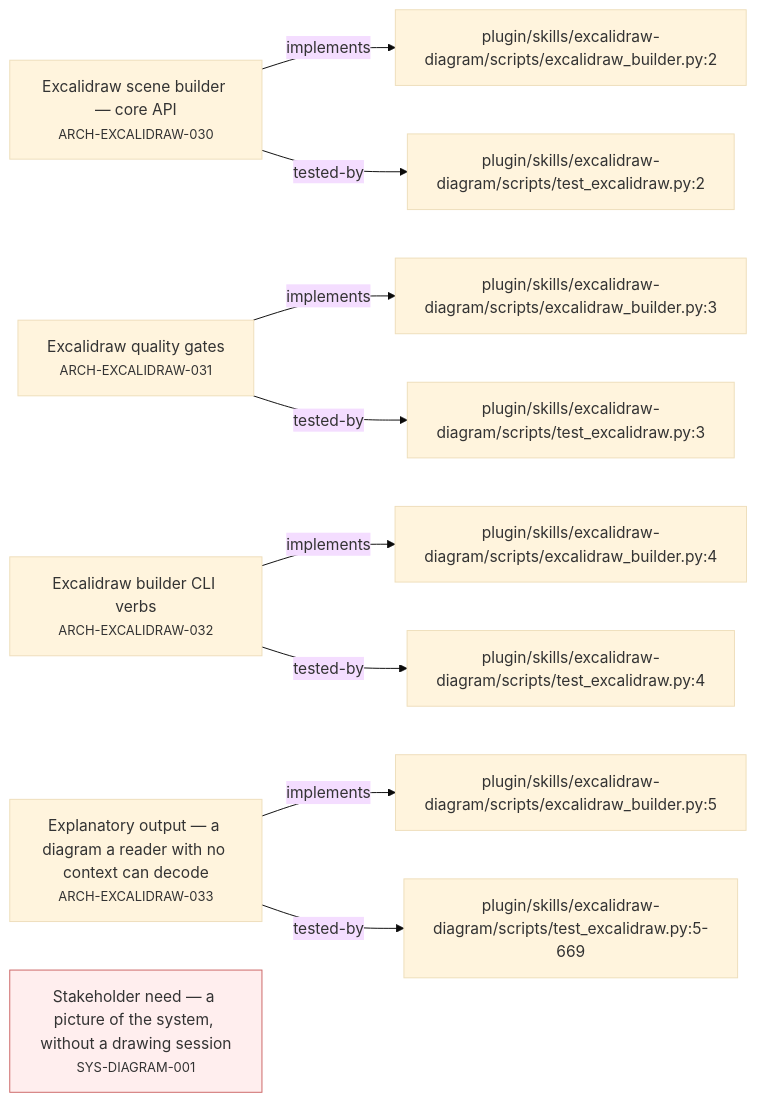
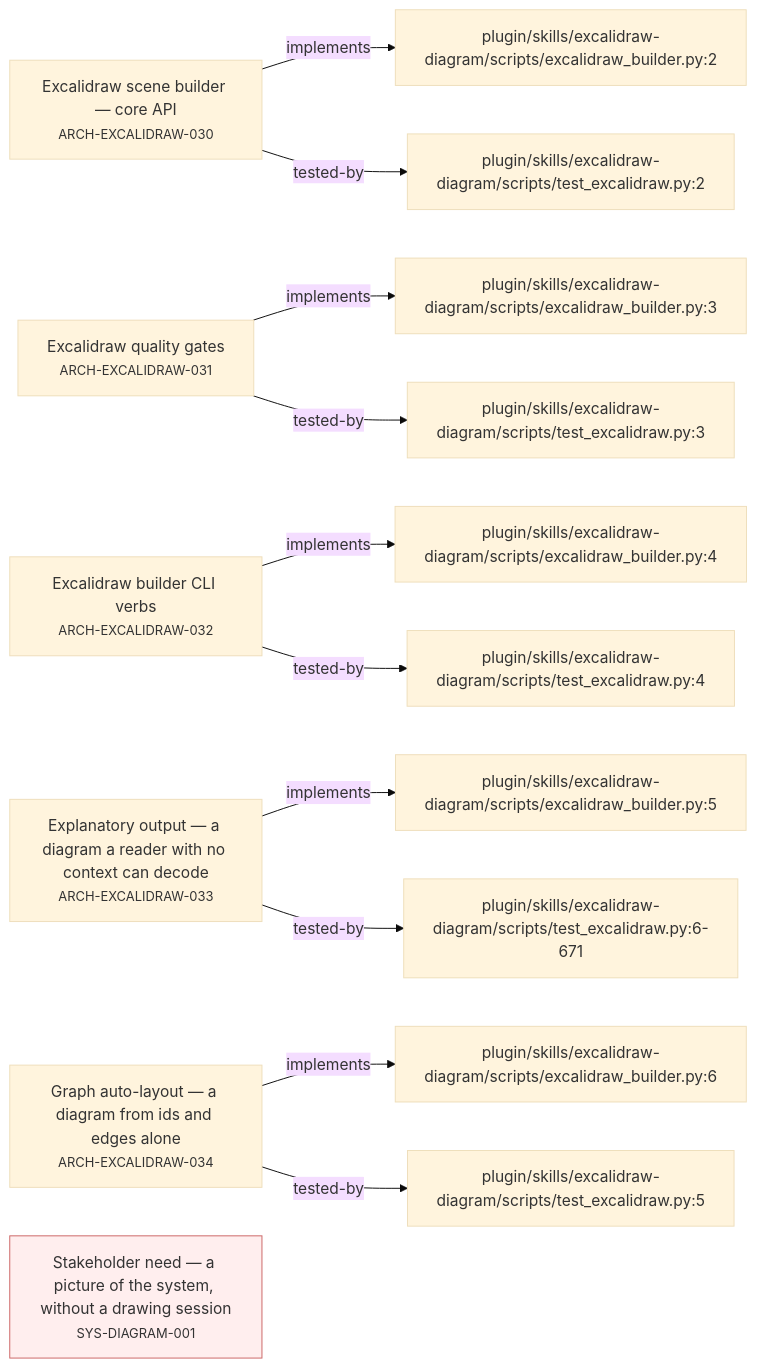
One commit to alxmax/excalidraw-diagram changed the third of 5 diagrams in plugin/requirements/_map.md. Above: the diagram before and after it, drawn with Mermaid (base theme). The commit also changed other lines of this file and 30 other files, not shown here.

````diff
--- a/plugin/requirements/_map.md
+++ b/plugin/requirements/_map.md
@@ -61,25 +68,30 @@
 ```mermaid
 graph LR
   ARCH_EXCALIDRAW_030["Excalidraw scene builder — core API<br><small>ARCH-EXCALIDRAW-030</small>"]
   f_plugin_skills_excalidraw_diagram_scripts_excalidraw_builder_py_2["plugin/skills/excalidraw-diagram/scripts/excalidraw_builder.py:2"]
   ARCH_EXCALIDRAW_030 -->|implements| f_plugin_skills_excalidraw_diagram_scripts_excalidraw_builder_py_2
   f_plugin_skills_excalidraw_diagram_scripts_test_excalidraw_py_2["plugin/skills/excalidraw-diagram/scripts/test_excalidraw.py:2"]
   ARCH_EXCALIDRAW_030 -->|tested-by| f_plugin_skills_excalidraw_diagram_scripts_test_excalidraw_py_2
   ARCH_EXCALIDRAW_031["Excalidraw quality gates<br><small>ARCH-EXCALIDRAW-031</small>"]
   f_plugin_skills_excalidraw_diagram_scripts_excalidraw_builder_py_3["plugin/skills/excalidraw-diagram/scripts/excalidraw_builder.py:3"]
   ARCH_EXCALIDRAW_031 -->|implements| f_plugin_skills_excalidraw_diagram_scripts_excalidraw_builder_py_3
   f_plugin_skills_excalidraw_diagram_scripts_test_excalidraw_py_3["plugin/skills/excalidraw-diagram/scripts/test_excalidraw.py:3"]
   ARCH_EXCALIDRAW_031 -->|tested-by| f_plugin_skills_excalidraw_diagram_scripts_test_excalidraw_py_3
   ARCH_EXCALIDRAW_032["Excalidraw builder CLI verbs<br><small>ARCH-EXCALIDRAW-032</small>"]
   f_plugin_skills_excalidraw_diagram_scripts_excalidraw_builder_py_4["plugin/skills/excalidraw-diagram/scripts/excalidraw_builder.py:4"]
   ARCH_EXCALIDRAW_032 -->|implements| f_plugin_skills_excalidraw_diagram_scripts_excalidraw_builder_py_4
   f_plugin_skills_excalidraw_diagram_scripts_test_excalidraw_py_4["plugin/skills/excalidraw-diagram/scripts/test_excalidraw.py:4"]
   ARCH_EXCALIDRAW_032 -->|tested-by| f_plugin_skills_excalidraw_diagram_scripts_test_excalidraw_py_4
   ARCH_EXCALIDRAW_033["Explanatory output — a diagram a reader with no context can decode<br><small>ARCH-EXCALIDRAW-033</small>"]
   f_plugin_skills_excalidraw_diagram_scripts_excalidraw_builder_py_5["plugin/skills/excalidraw-diagram/scripts/excalidraw_builder.py:5"]
   ARCH_EXCALIDRAW_033 -->|implements| f_plugin_skills_excalidraw_diagram_scripts_excalidraw_builder_py_5
-  f_plugin_skills_excalidraw_diagram_scripts_test_excalidraw_py_5_669["plugin/skills/excalidraw-diagram/scripts/test_excalidraw.py:5-669"]
-  ARCH_EXCALIDRAW_033 -->|tested-by| f_plugin_skills_excalidraw_diagram_scripts_test_excalidraw_py_5_669
+  f_plugin_skills_excalidraw_diagram_scripts_test_excalidraw_py_6_671["plugin/skills/excalidraw-diagram/scripts/test_excalidraw.py:6-671"]
+  ARCH_EXCALIDRAW_033 -->|tested-by| f_plugin_skills_excalidraw_diagram_scripts_test_excalidraw_py_6_671
+  ARCH_EXCALIDRAW_034["Graph auto-layout — a diagram from ids and edges alone<br><small>ARCH-EXCALIDRAW-034</small>"]
+  f_plugin_skills_excalidraw_diagram_scripts_excalidraw_builder_py_6["plugin/skills/excalidraw-diagram/scripts/excalidraw_builder.py:6"]
+  ARCH_EXCALIDRAW_034 -->|implements| f_plugin_skills_excalidraw_diagram_scripts_excalidraw_builder_py_6
+  f_plugin_skills_excalidraw_diagram_scripts_test_excalidraw_py_5["plugin/skills/excalidraw-diagram/scripts/test_excalidraw.py:5"]
+  ARCH_EXCALIDRAW_034 -->|tested-by| f_plugin_skills_excalidraw_diagram_scripts_test_excalidraw_py_5
   SYS_DIAGRAM_001["Stakeholder need — a picture of the system, without a drawing session<br><small>SYS-DIAGRAM-001</small>"]
   style SYS_DIAGRAM_001 fill:#fee,stroke:#c66
 ```
````
